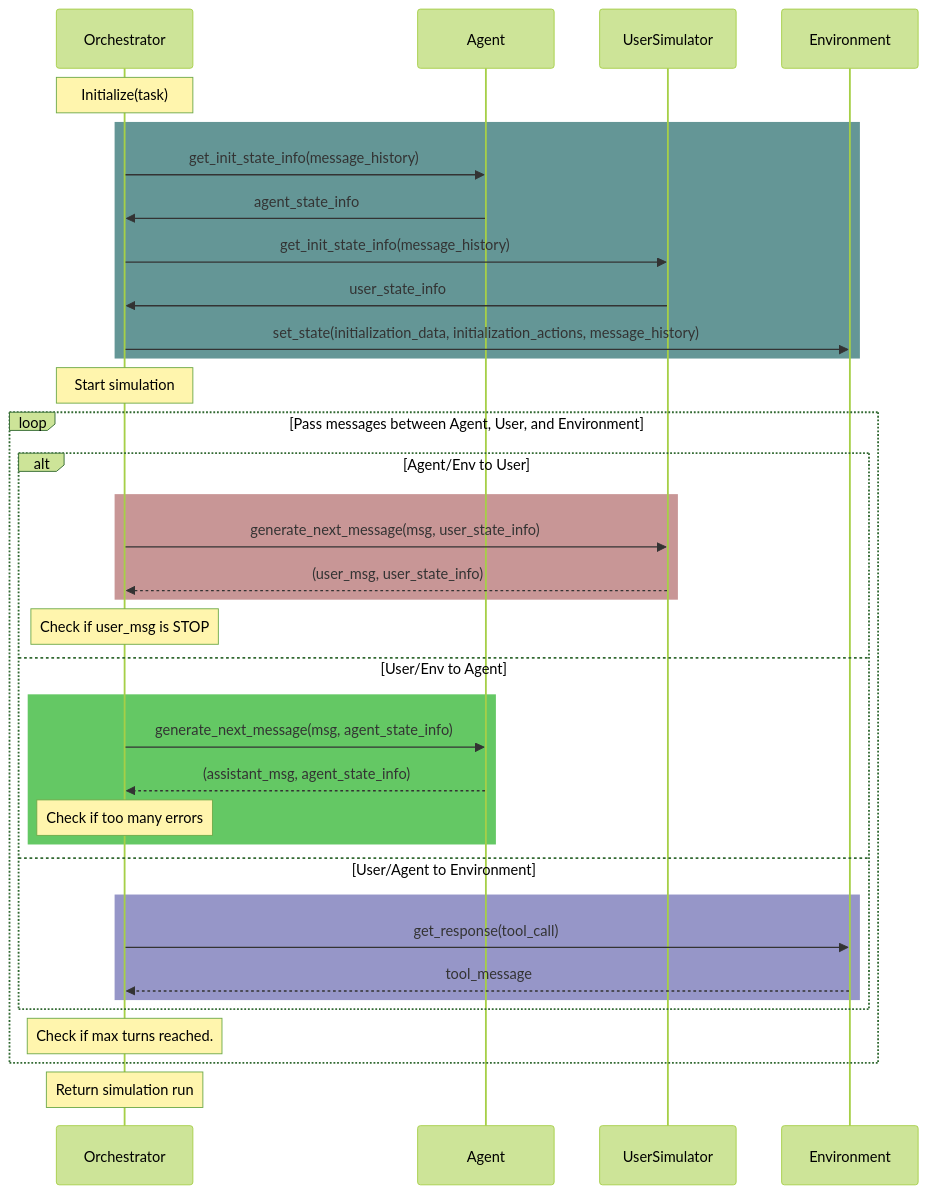
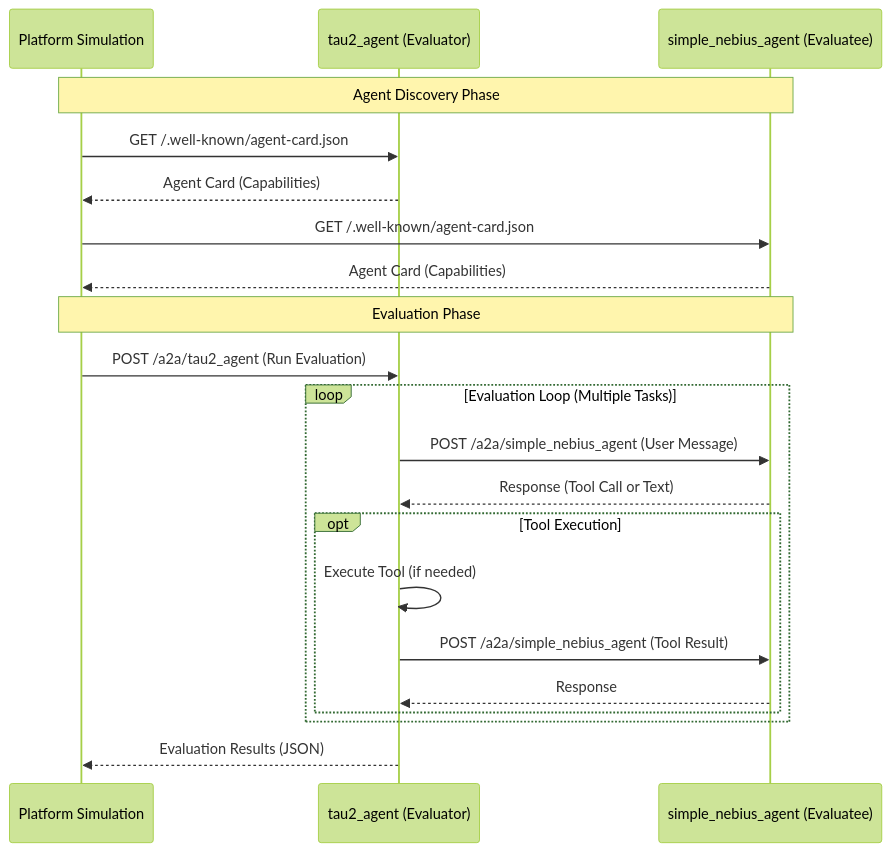
The diagram in README.md (wuTims/tau2-bench-agent), drawn with Mermaid (forest theme) before and after one commit. The commit also changed other lines of this file and 3 other files, not shown here.

Commit message:
docs: update documentation for quickstart and diagrams

````diff
--- a/README.md
+++ b/README.md
@@ -476,40 +35,28 @@
 ```mermaid
 sequenceDiagram
-    participant O as Orchestrator
-    participant A as Agent
-    participant U as UserSimulator
-    participant E as Environment
+    participant Platform as Platform Simulation
+    participant Evaluator as tau2_agent (Evaluator)
+    participant Evaluatee as simple_nebius_agent (Evaluatee)
 
-    Note over O: Initialize(task)
-    rect rgb(100, 150, 150)
-        O->>A: get_init_state_info(message_history)
-        A->>O: agent_state_info
-        O->>U: get_init_state_info(message_history)
-        U->>O: user_state_info
-        O->>E: set_state(initialization_data, initialization_actions, message_history)
+    Note over Platform, Evaluatee: Agent Discovery Phase
+    Platform->>Evaluator: GET /.well-known/agent-card.json
+    Evaluator-->>Platform: Agent Card (Capabilities)
+    Platform->>Evaluatee: GET /.well-known/agent-card.json
+    Evaluatee-->>Platform: Agent Card (Capabilities)
+
+    Note over Platform, Evaluatee: Evaluation Phase
+    Platform->>Evaluator: POST /a2a/tau2_agent (Run Evaluation)
+    
+    loop Evaluation Loop (Multiple Tasks)
+        Evaluator->>Evaluatee: POST /a2a/simple_nebius_agent (User Message)
+        Evaluatee-->>Evaluator: Response (Tool Call or Text)
+        
+        opt Tool Execution
+            Evaluator->>Evaluator: Execute Tool (if needed)
+            Evaluator->>Evaluatee: POST /a2a/simple_nebius_agent (Tool Result)
+            Evaluatee-->>Evaluator: Response
+        end
     end
-    Note over O: Start simulation
-    loop Pass messages between Agent, User, and Environment
 
-        alt Agent/Env to User
-            rect rgb(200, 150, 150)
-            O->>U: generate_next_message(msg, user_state_info)
-            U-->>O: (user_msg, user_state_info)
-            end
-            Note over O: Check if user_msg is STOP
-        else User/Env to Agent
-            rect rgb(100, 200, 100)
-            O->>A: generate_next_message(msg, agent_state_info)
-            A-->>O: (assistant_msg, agent_state_info)
-            Note over O: Check if too many errors
-            end
-        else User/Agent to Environment
-            rect rgb(150, 150, 200)
-            O->>E: get_response(tool_call)
-            E-->>O: tool_message
-            end
-        end
-        Note over O: Check if max turns reached.
-    end
-    Note over O: Return simulation run
+    Evaluator-->>Platform: Evaluation Results (JSON)
 ```
````
